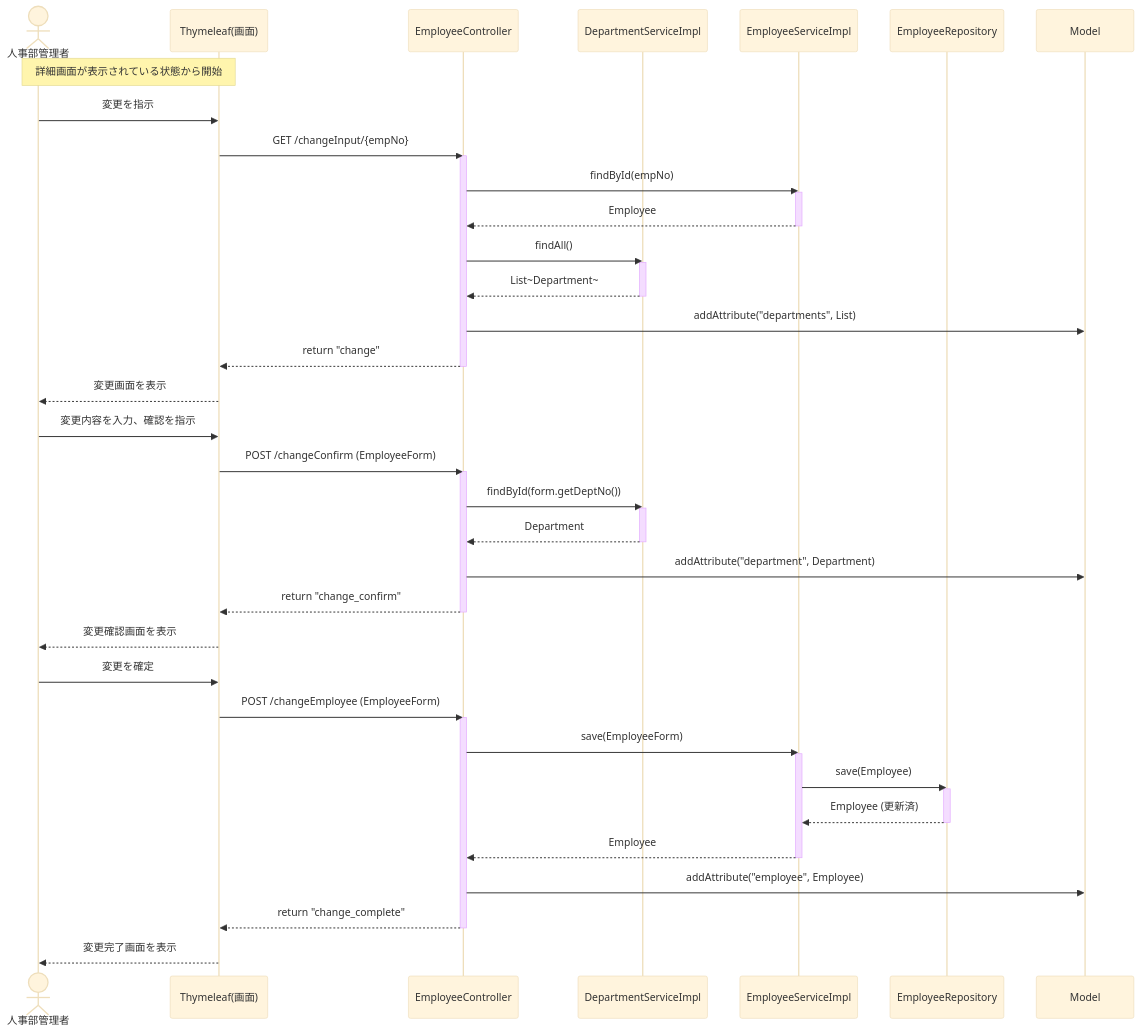
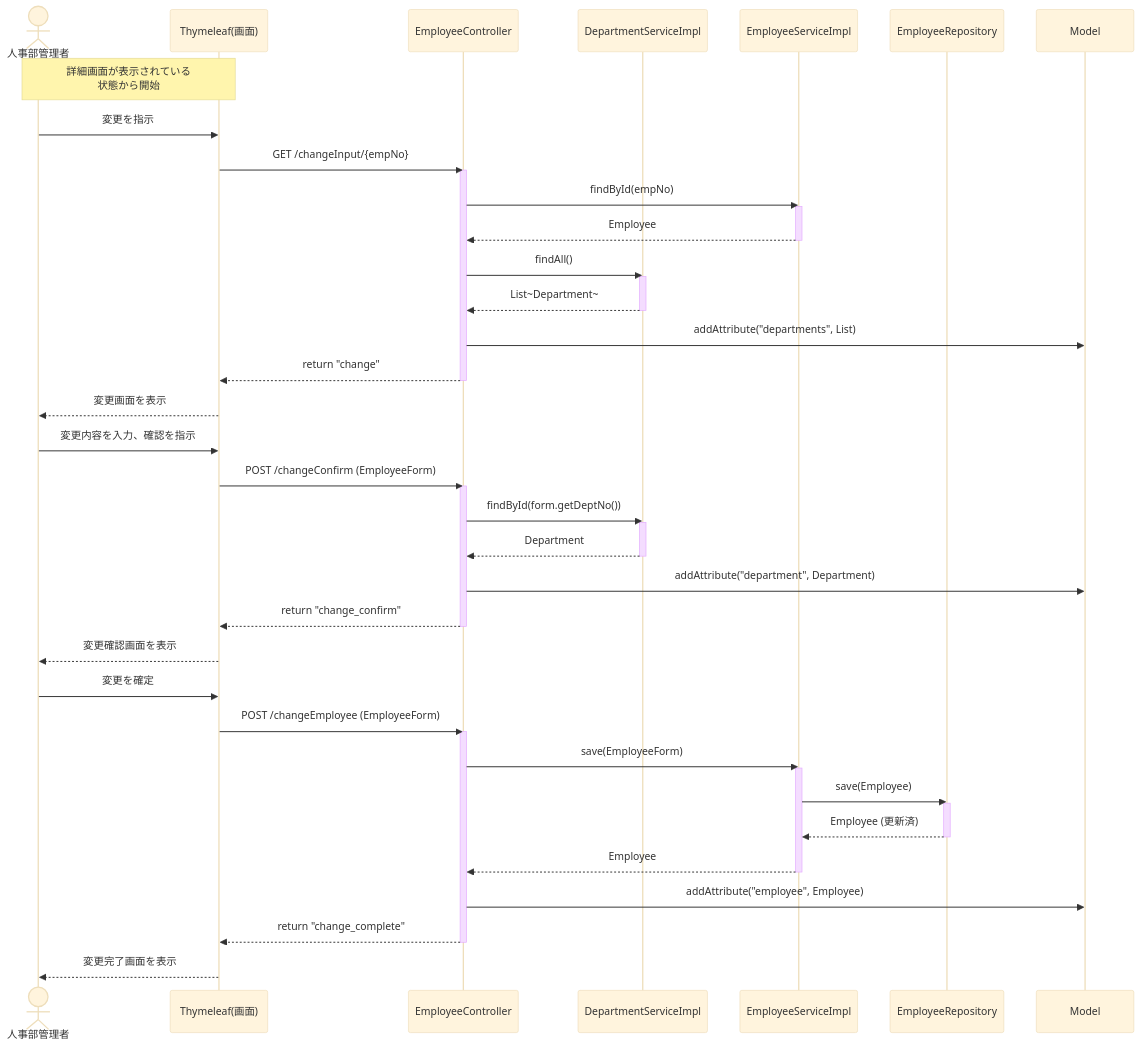
Before and after one commit to juyeongjung1/NewEIMS: diagram 24 of 25 in EIMS_Comprehensive_Exercise_Guide.md, drawn with Mermaid (base theme). The commit also changed other lines of this file, not shown here.

Commit message:
PDF出力のレイアウト最適化4回目（表ヘッダー修正、画面下部スクショの改行、CSSによるMermaid図の縮小、Note折り返し）

````diff
--- a/EIMS_Comprehensive_Exercise_Guide.md
+++ b/EIMS_Comprehensive_Exercise_Guide.md
@@ -1730,55 +1742,55 @@
 ```mermaid
 sequenceDiagram
     actor Admin as 人事部管理者
     participant View as Thymeleaf(画面)
     participant Ctrl as EmployeeController
     participant DSvc as DepartmentServiceImpl
     participant Svc as EmployeeServiceImpl
     participant Rep as EmployeeRepository
     participant Model as Model
 
-    note over Admin, View: 詳細画面が表示されている状態から開始
+    note over Admin, View: 詳細画面が表示されている<br/>状態から開始
     Admin ->> View: 変更を指示
     View ->> Ctrl: GET /changeInput/{empNo}
     activate Ctrl
     Ctrl ->> Svc: findById(empNo)
     activate Svc
     Svc -->> Ctrl: Employee
     deactivate Svc
     Ctrl ->> DSvc: findAll()
     activate DSvc
     DSvc -->> Ctrl: List~Department~
     deactivate DSvc
     Ctrl ->> Model: addAttribute("departments", List)
     Ctrl -->> View: return "change"
     deactivate Ctrl
     View -->> Admin: 変更画面を表示
     
     Admin ->> View: 変更内容を入力、確認を指示
     View ->> Ctrl: POST /changeConfirm (EmployeeForm)
     activate Ctrl
     Ctrl ->> DSvc: findById(form.getDeptNo())
     activate DSvc
     DSvc -->> Ctrl: Department
     deactivate DSvc
     Ctrl ->> Model: addAttribute("department", Department)
     Ctrl -->> View: return "change_confirm"
     deactivate Ctrl
     View -->> Admin: 変更確認画面を表示
     
     Admin ->> View: 変更を確定
     View ->> Ctrl: POST /changeEmployee (EmployeeForm)
     activate Ctrl
     Ctrl ->> Svc: save(EmployeeForm)
     activate Svc
     Svc ->> Rep: save(Employee)
     activate Rep
     Rep -->> Svc: Employee (更新済)
     deactivate Rep
     Svc -->> Ctrl: Employee
     deactivate Svc
     Ctrl ->> Model: addAttribute("employee", Employee)
     Ctrl -->> View: return "change_complete"
     deactivate Ctrl
     View -->> Admin: 変更完了画面を表示
 ```
````
